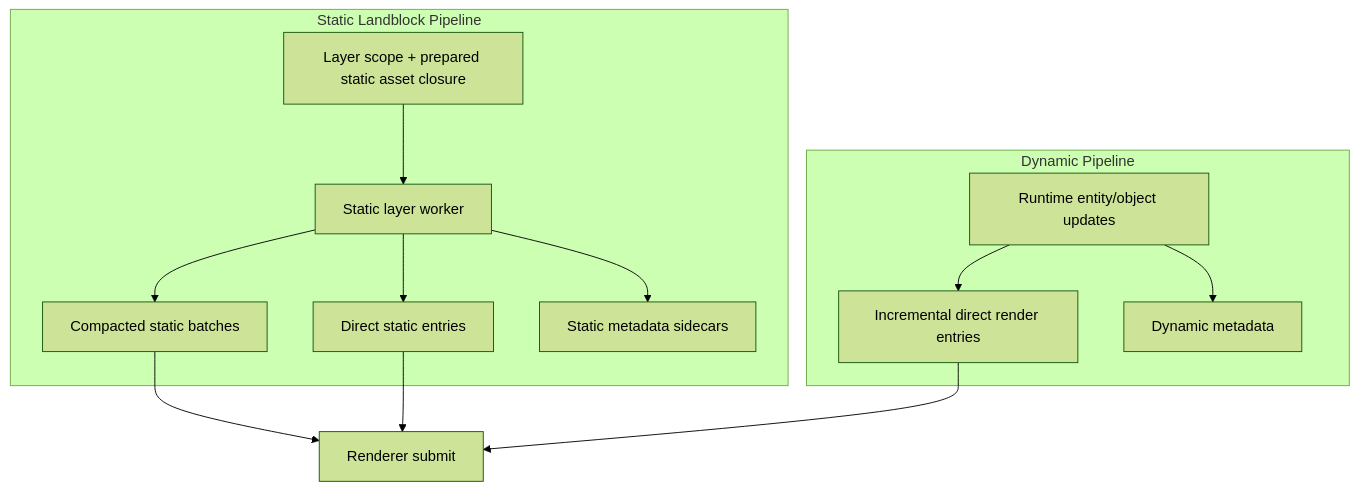
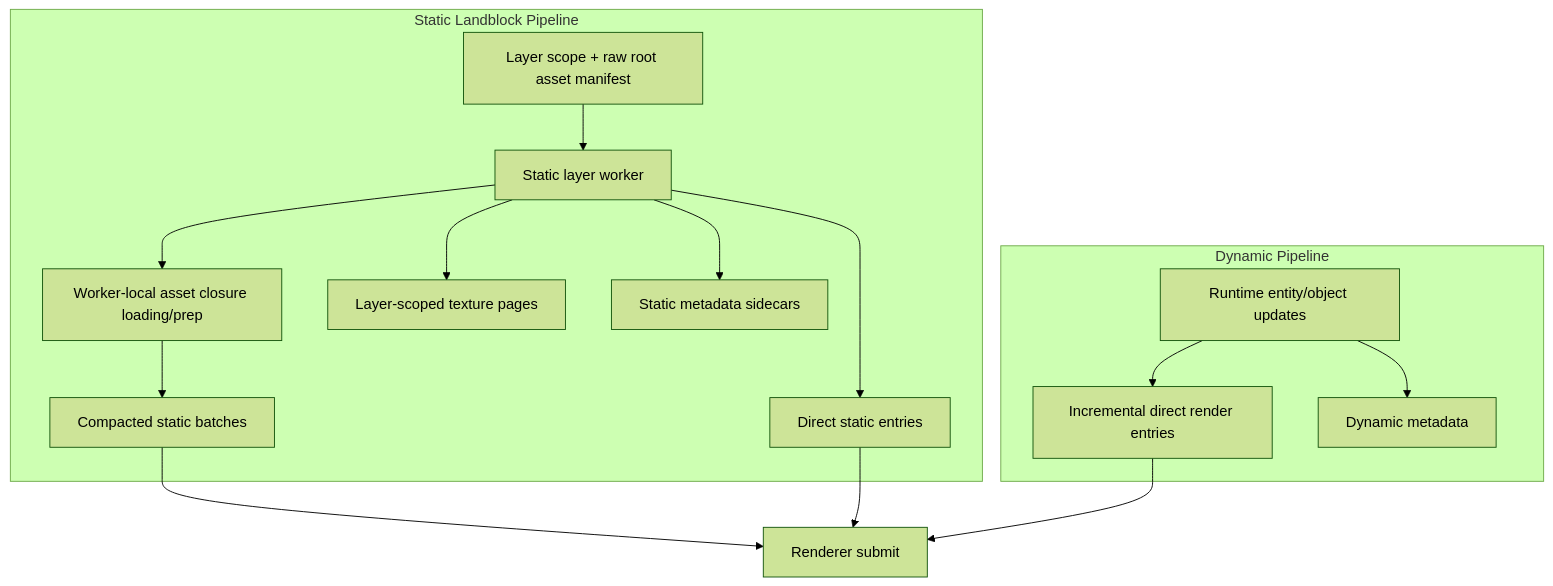
The fourth of 9 diagrams in docs/plans/holtburger-3d-static-landblock-render-bundle-replacement-plan.md (merklejerk/holtburger), drawn with Mermaid (forest theme) before and after one commit. The commit also changed other lines of this file and 4 other files, not shown here.

````diff
--- a/docs/plans/holtburger-3d-static-landblock-render-bundle-replacement-plan.md
+++ b/docs/plans/holtburger-3d-static-landblock-render-bundle-replacement-plan.md
@@ -239,25 +330,28 @@
 ```mermaid
 flowchart TB
     subgraph Static Landblock Pipeline
-        S1[Layer scope + prepared static asset closure]
+        S1[Layer scope + raw root asset manifest]
         S2[Static layer worker]
+        S6[Worker-local asset closure loading/prep]
         S3[Compacted static batches]
         S4[Direct static entries]
+        S7[Layer-scoped texture pages]
         S5[Static metadata sidecars]
-        S1 --> S2 --> S3
+        S1 --> S2 --> S6 --> S3
         S2 --> S4
+        S2 --> S7
         S2 --> S5
     end
 
     subgraph Dynamic Pipeline
         D1[Runtime entity/object updates]
         D2[Incremental direct render entries]
         D3[Dynamic metadata]
         D1 --> D2
         D1 --> D3
     end
 
     S3 --> R[Renderer submit]
     S4 --> R
     D2 --> R
 ```
````
